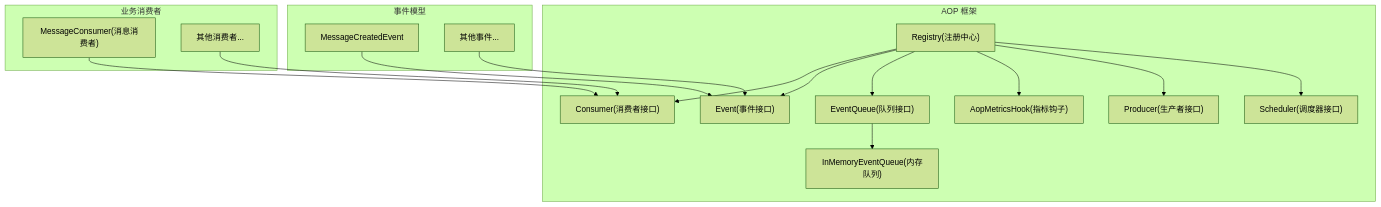
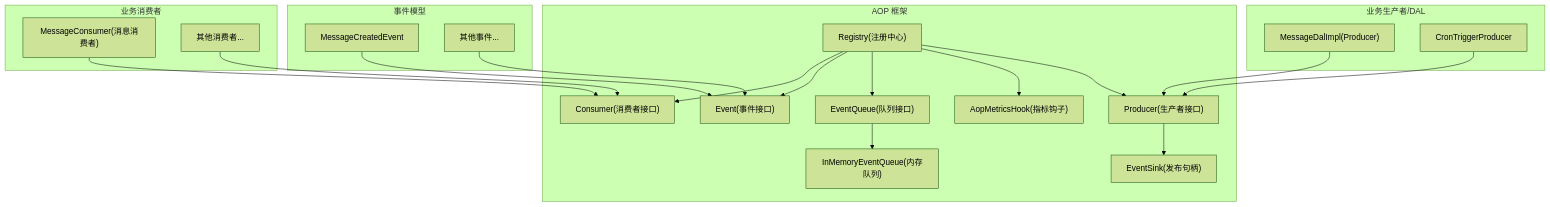
The first of 7 diagrams in docs/wiki/zh/content/基础设施/AOP 事件系统/AOP 事件系统.md (runningcoders/ai_orz), drawn with Mermaid (forest theme) before and after one commit. The commit also changed other lines of this file and 37 other files, not shown here.

````diff
--- a/docs/wiki/zh/content/基础设施/AOP 事件系统/AOP 事件系统.md
+++ b/docs/wiki/zh/content/基础设施/AOP 事件系统/AOP 事件系统.md
@@ -78,32 +71,38 @@
 ```mermaid
 graph TB
 subgraph "AOP 框架"
 REG["Registry(注册中心)"]
 CONSUMER_IF["Consumer(消费者接口)"]
 EVENT_IF["Event(事件接口)"]
 QUEUE_IF["EventQueue(队列接口)"]
 IMQ["InMemoryEventQueue(内存队列)"]
 METRICS["AopMetricsHook(指标钩子)"]
 PRODUCER_IF["Producer(生产者接口)"]
-SCHEDULER_IF["Scheduler(调度器接口)"]
+SINK["EventSink(发布句柄)"]
+end
+subgraph "业务生产者/DAL"
+MSGP["MessageDalImpl(Producer)"]
+CRONP["CronTriggerProducer"]
 end
 subgraph "业务消费者"
 MSGC["MessageConsumer(消息消费者)"]
 OTHERS["其他消费者..."]
 end
 subgraph "事件模型"
 EVMSG["MessageCreatedEvent"]
 EVOTHER["其他事件..."]
 end
 REG --> CONSUMER_IF
 REG --> EVENT_IF
 REG --> QUEUE_IF
 REG --> METRICS
 REG --> PRODUCER_IF
-REG --> SCHEDULER_IF
+PRODUCER_IF --> SINK
 QUEUE_IF --> IMQ
 MSGC --> CONSUMER_IF
 OTHERS --> CONSUMER_IF
 EVMSG --> EVENT_IF
 EVOTHER --> EVENT_IF
+MSGP --> PRODUCER_IF
+CRONP --> PRODUCER_IF
 ```
````
